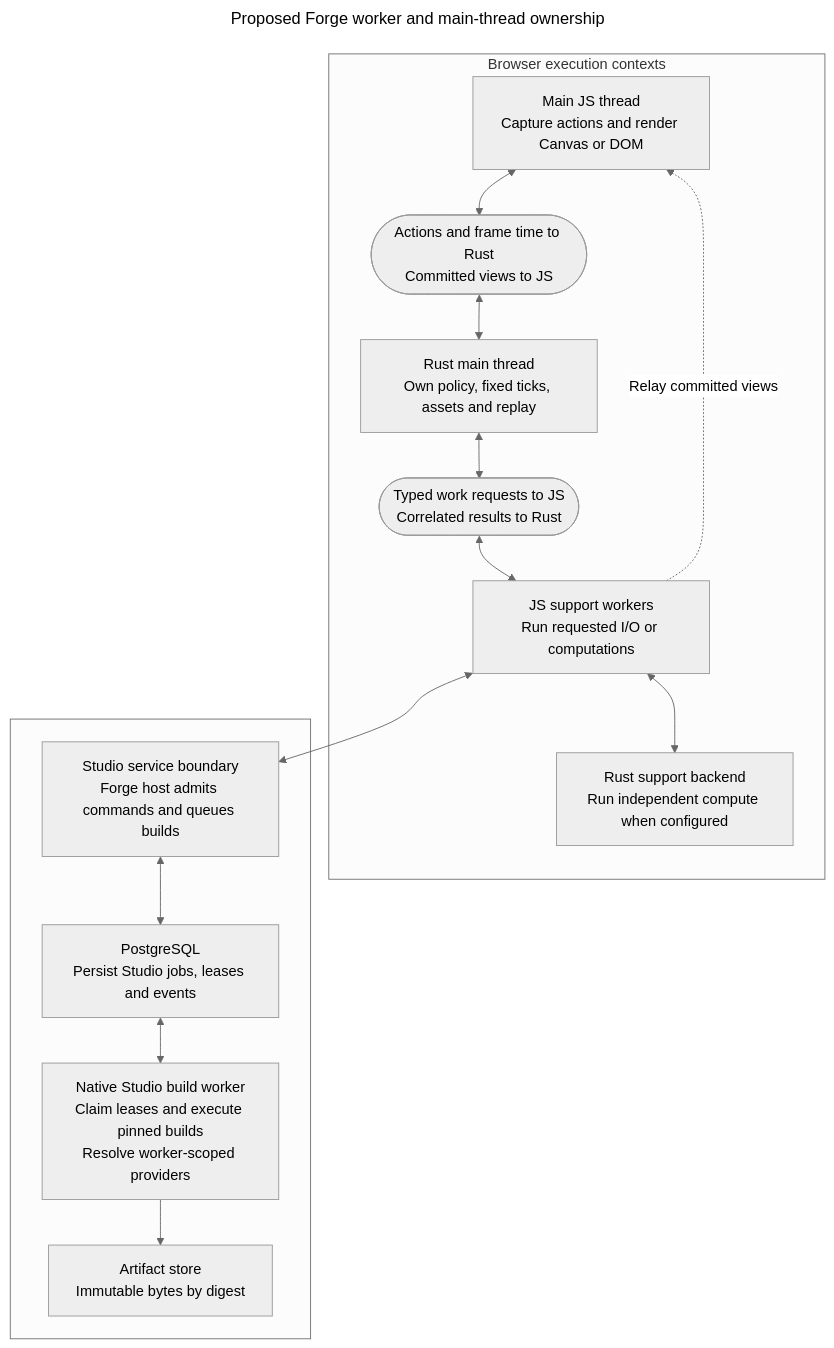
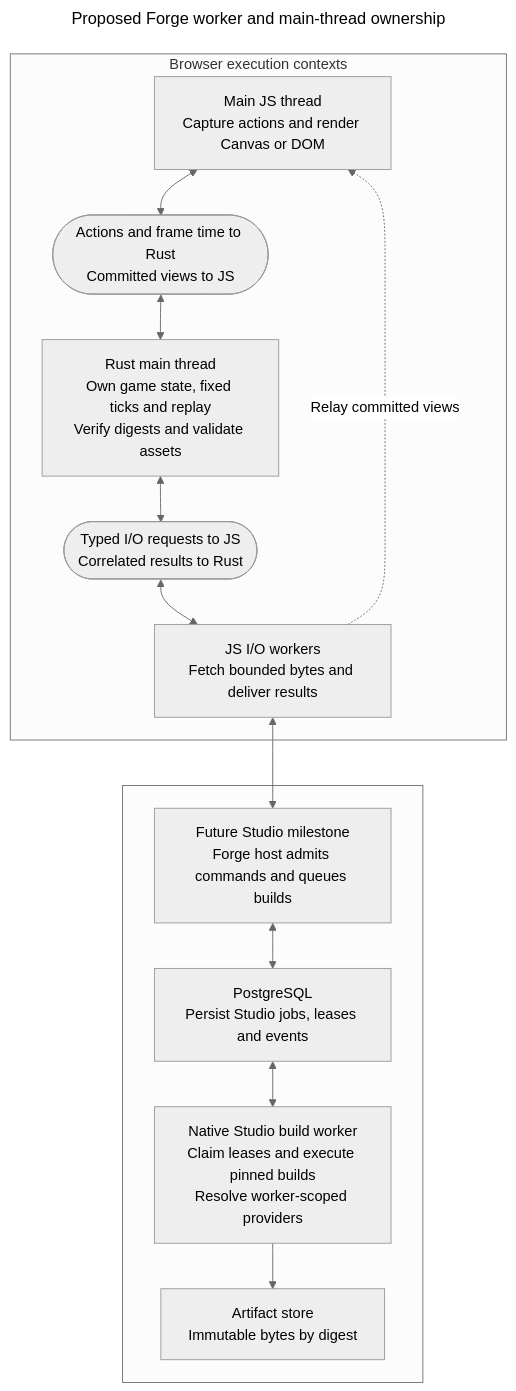
The diagram in docs/architecture/diagrams/mermaid/forge-worker-ownership.mmd (roachmaster/homelab), drawn with Mermaid (neutral theme) before and after one commit. The commit also changed 11 other files, not shown here.

Commit message:
Limit proposed browser workers to I/O and message relay

```diff
--- a/docs/architecture/diagrams/mermaid/forge-worker-ownership.mmd
+++ b/docs/architecture/diagrams/mermaid/forge-worker-ownership.mmd
@@ -1,26 +1,24 @@
 ---
 title: Proposed Forge worker and main-thread ownership
 ---
 flowchart TB
     subgraph Browser["Browser execution contexts"]
         Main["Main JS thread<br/>Capture actions and render Canvas or DOM"]
         ViewBridge(["Actions and frame time to Rust<br/>Committed views to JS"])
-        Runtime["Rust main thread<br/>Own policy, fixed ticks, assets and replay"]
-        Effects(["Typed work requests to JS<br/>Correlated results to Rust"])
-        Support["JS support workers<br/>Run requested I/O or computations"]
-        Compute["Rust support backend<br/>Run independent compute when configured"]
+        Runtime["Rust main thread<br/>Own game state, fixed ticks and replay<br/>Verify digests and validate assets"]
+        Effects(["Typed I/O requests to JS<br/>Correlated results to Rust"])
+        IO["JS I/O workers<br/>Fetch bounded bytes and deliver results"]
         Main <--> ViewBridge <--> Runtime
-        Runtime <--> Effects <--> Support
-        Support -. Relay committed views .-> Main
-        Support <--> Compute
+        Runtime <--> Effects <--> IO
+        IO -. Relay committed views .-> Main
     end
     subgraph Services[" "]
-        Host["Studio service boundary<br/>Forge host admits commands and queues builds"]
+        Host["Future Studio milestone<br/>Forge host admits commands and queues builds"]
         Queue["PostgreSQL<br/>Persist Studio jobs, leases and events"]
         Builder["Native Studio build worker<br/>Claim leases and execute pinned builds<br/>Resolve worker-scoped providers"]
         Artifacts["Artifact store<br/>Immutable bytes by digest"]
         Host <--> Queue
         Queue <--> Builder
         Builder --> Artifacts
     end
-    Support <--> Host
+    IO <--> Host
```
